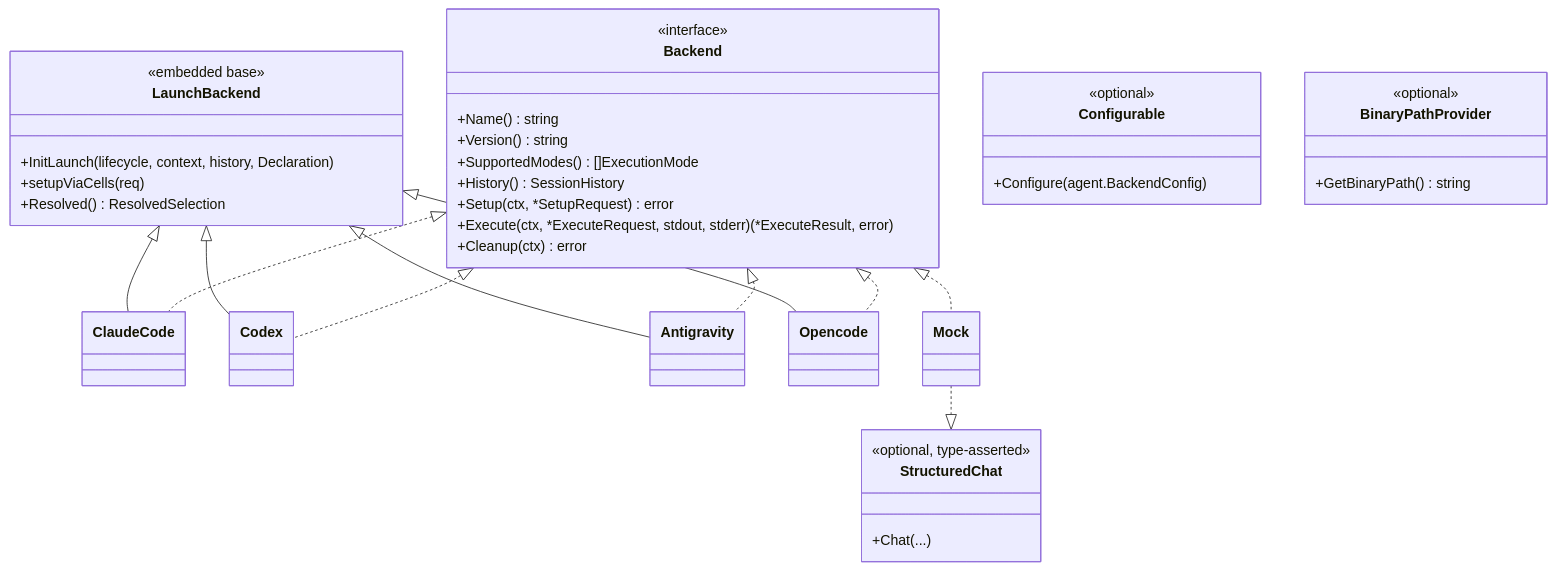
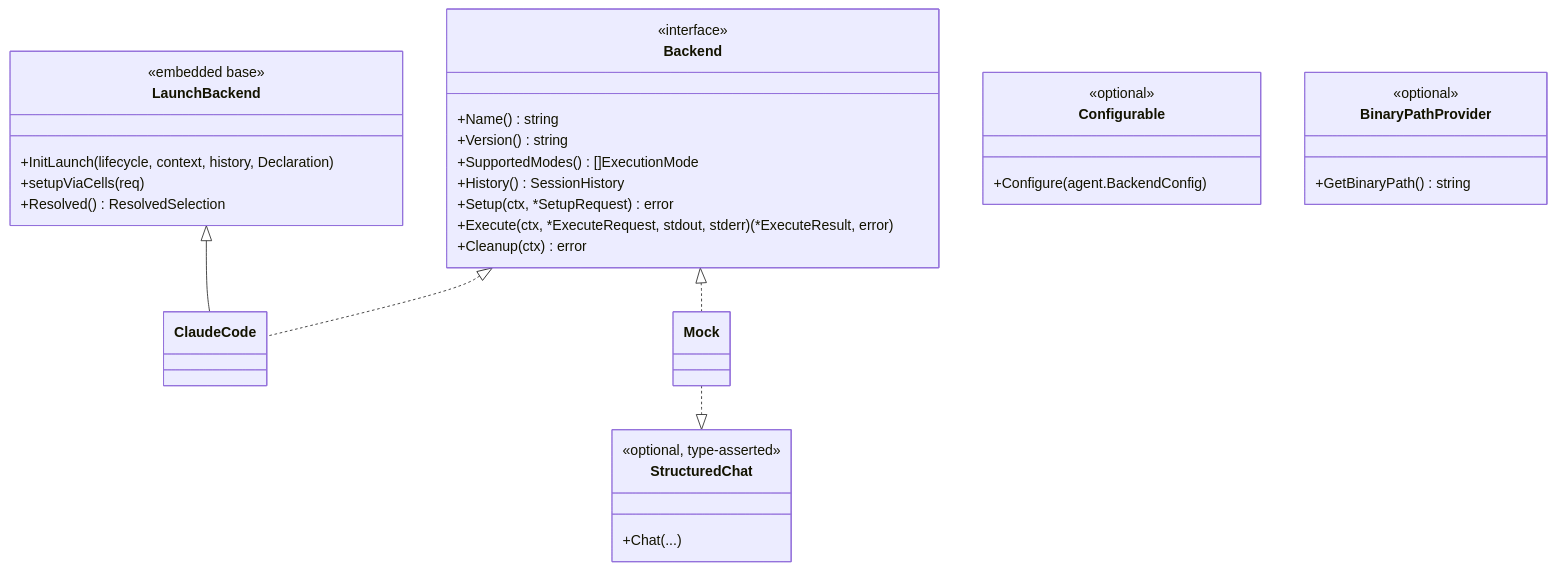
The diagram in docs/architecture/engines/backend-abstraction.md (ctxloom/ctxloom), drawn with Mermaid before and after one commit. The commit also changed other lines of this file, not shown here.

First line of the commit message:
docs(engines): backend-abstraction describes the registry that exists

````diff
--- a/docs/architecture/engines/backend-abstraction.md
+++ b/docs/architecture/engines/backend-abstraction.md
@@ -20,46 +20,40 @@
 ```mermaid
 classDiagram
     class Backend {
         <<interface>>
         +Name() string
         +Version() string
         +SupportedModes() []ExecutionMode
         +History() SessionHistory
         +Setup(ctx, *SetupRequest) error
         +Execute(ctx, *ExecuteRequest, stdout, stderr) (*ExecuteResult, error)
         +Cleanup(ctx) error
     }
 
     class LaunchBackend {
         <<embedded base>>
         +InitLaunch(lifecycle, context, history, Declaration)
         +setupViaCells(req)
         +Resolved() ResolvedSelection
     }
 
     class StructuredChat {
         <<optional, type-asserted>>
         +Chat(...)
     }
     class Configurable {
         <<optional>>
         +Configure(agent.BackendConfig)
     }
     class BinaryPathProvider {
         <<optional>>
         +GetBinaryPath() string
     }
 
     Backend <|.. ClaudeCode
-    Backend <|.. Codex
-    Backend <|.. Antigravity
-    Backend <|.. Opencode
     Backend <|.. Mock
 
     LaunchBackend <|-- ClaudeCode
-    LaunchBackend <|-- Codex
-    LaunchBackend <|-- Antigravity
-    LaunchBackend <|-- Opencode
 
     Mock ..|> StructuredChat
 ```
````
